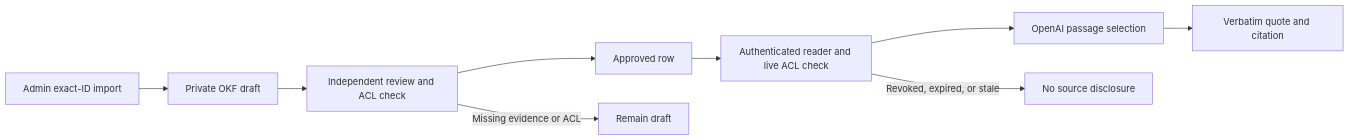
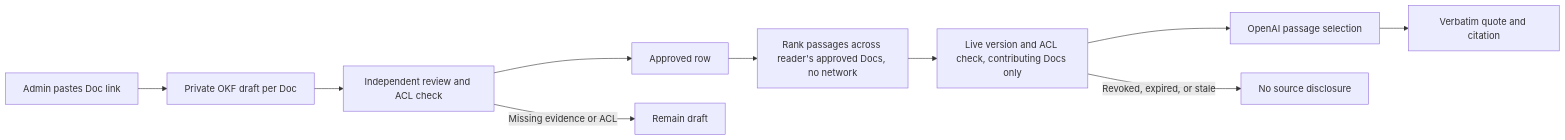
Before and after one commit to may24fc/sn-connect-app: the diagram in docs/features/bsb-okf-integration/optimization.md, drawn with Mermaid. The commit also changed other lines of this file and 11 other files, not shown here.

````diff
--- a/docs/features/bsb-okf-integration/optimization.md
+++ b/docs/features/bsb-okf-integration/optimization.md
@@ -12,11 +12,12 @@
 ```mermaid
 flowchart LR
-  A[Admin exact-ID import] --> B[Private OKF draft]
+  A[Admin pastes Doc link] --> B[Private OKF draft per Doc]
   B --> C[Independent review and ACL check]
   C --> D[Approved row]
-  D --> E[Authenticated reader and live ACL check]
+  D --> R[Rank passages across reader's approved Docs, no network]
+  R --> E[Live version and ACL check, contributing Docs only]
   E --> F[OpenAI passage selection]
   F --> G[Verbatim quote and citation]
   C -->|Missing evidence or ACL| H[Remain draft]
   E -->|Revoked, expired, or stale| I[No source disclosure]
 ```
````
